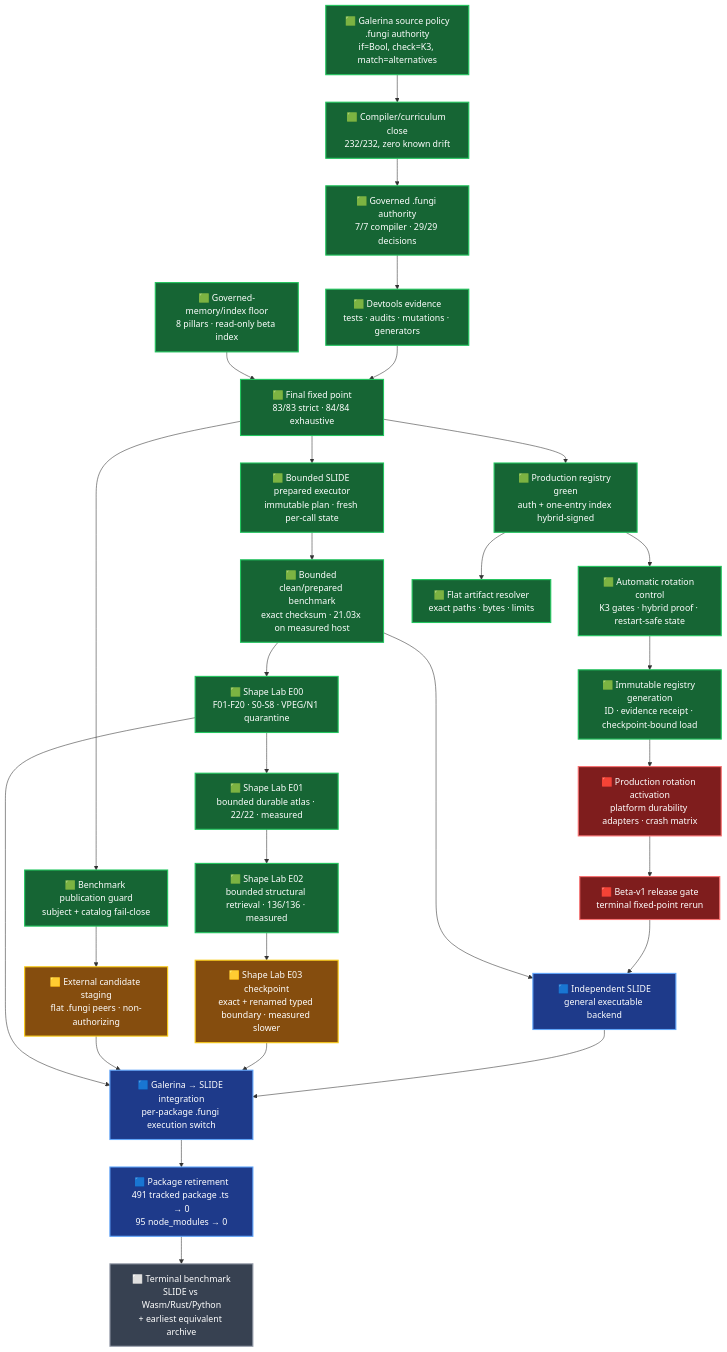
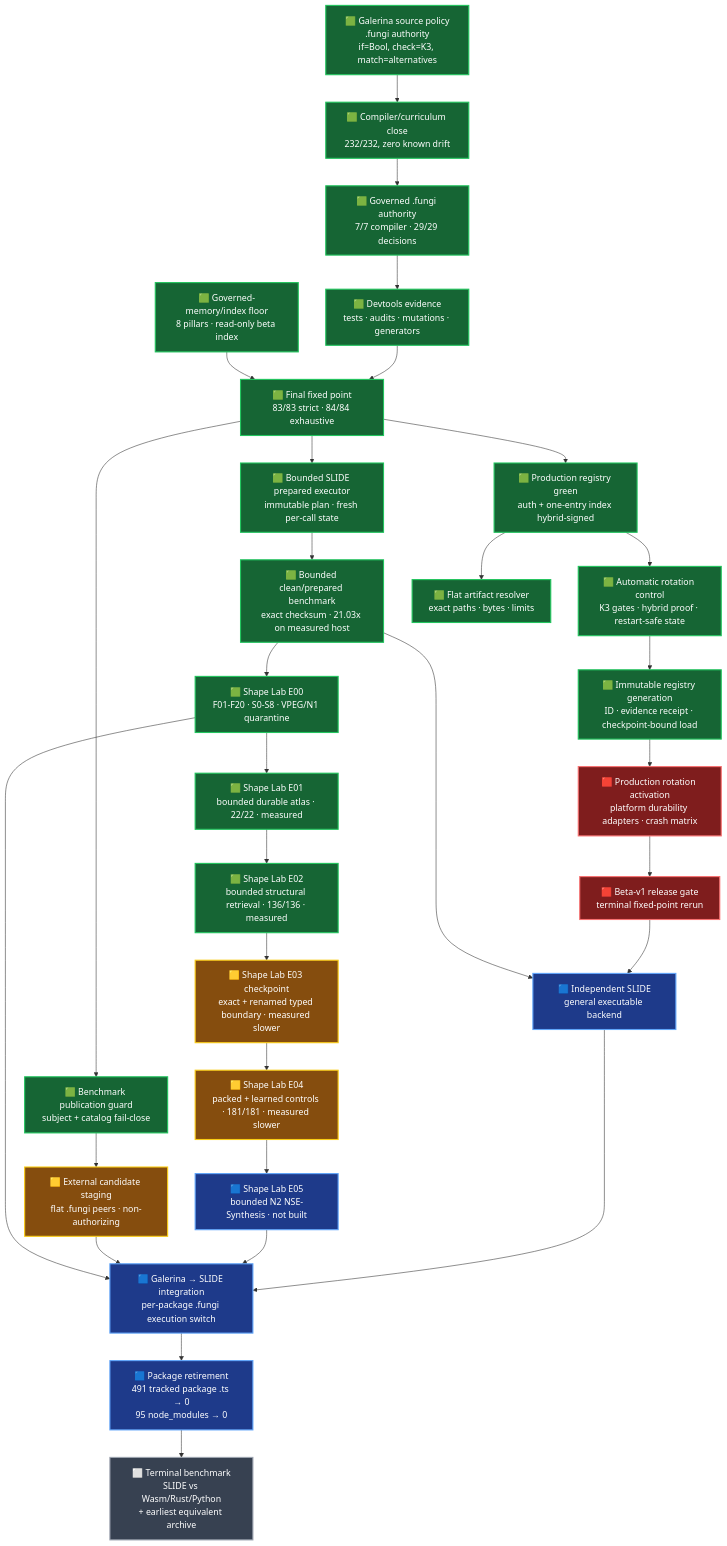
One commit to TritHypha/Deveolpment-runtime-fungi-gate changed the diagram in docs/roadmap-2026-07-29-galerina-beta-v1-to-slide.md. Above: the diagram before and after it, drawn with Mermaid. The commit also changed other lines of this file and 1 other file, not shown here.

Commit message:
docs: synchronize measured SLIDE E04

````diff
--- a/docs/roadmap-2026-07-29-galerina-beta-v1-to-slide.md
+++ b/docs/roadmap-2026-07-29-galerina-beta-v1-to-slide.md
@@ -22,49 +22,51 @@
 ```mermaid
 flowchart TB
     A["🟩 Galerina source policy<br/>.fungi authority<br/>if=Bool, check=K3, match=alternatives"]
     B["🟩 Compiler/curriculum close<br/>232/232, zero known drift"]
     C["🟩 Governed .fungi authority<br/>7/7 compiler · 29/29 decisions"]
     D["🟩 Devtools evidence<br/>tests · audits · mutations · generators"]
     E["🟩 Final fixed point<br/>83/83 strict · 84/84 exhaustive"]
     R["🟩 Automatic rotation control<br/>K3 gates · hybrid proof · restart-safe state"]
     Y["🟩 Immutable registry generation<br/>ID · evidence receipt · checkpoint-bound load"]
     X["🟥 Production rotation activation<br/>platform durability adapters · crash matrix"]
     F["🟥 Beta-v1 release gate<br/>terminal fixed-point rerun"]
     G["🟩 Production registry green<br/>auth + one-entry index hybrid-signed"]
     H["🟦 Independent SLIDE<br/>general executable backend"]
     S["🟩 Bounded SLIDE prepared executor<br/>immutable plan · fresh per-call state"]
     L["🟩 Bounded clean/prepared benchmark<br/>exact checksum · 21.03x on measured host"]
     Q["🟨 External candidate staging<br/>flat .fungi peers · non-authorizing"]
     K["🟩 Benchmark publication guard<br/>subject + catalog fail-close"]
     I["🟦 Galerina → SLIDE integration<br/>per-package .fungi execution switch"]
     T["🟦 Package retirement<br/>491 tracked package .ts → 0<br/>95 node_modules → 0"]
     J["⬜ Terminal benchmark<br/>SLIDE vs Wasm/Rust/Python<br/>+ earliest equivalent archive"]
     P["🟩 Flat artifact resolver<br/>exact paths · bytes · limits"]
     M["🟩 Shape Lab E00<br/>F01-F20 · S0-S8 · VPEG/N1 quarantine"]
     U["🟩 Shape Lab E01<br/>bounded durable atlas · 22/22 · measured"]
     V["🟩 Shape Lab E02<br/>bounded structural retrieval · 136/136 · measured"]
     W["🟨 Shape Lab E03 checkpoint<br/>exact + renamed typed boundary · measured slower"]
+    AA["🟨 Shape Lab E04<br/>packed + learned controls · 181/181 · measured slower"]
+    AB["🟦 Shape Lab E05<br/>bounded N2 NSE-Synthesis · not built"]
     Z["🟩 Governed-memory/index floor<br/>8 pillars · read-only beta index"]
 
     A --> B --> C --> D --> E --> G --> R --> Y --> X --> F --> H --> I --> T --> J
     Z --> E
     G --> P
-    L --> M --> U --> V --> W
-    W --> I
+    L --> M --> U --> V --> W --> AA --> AB
+    AB --> I
     E --> K --> Q
     E --> S --> L --> H
     Q --> I
     M --> I
 
     classDef green fill:#166534,color:#ffffff,stroke:#22c55e,stroke-width:2px;
     classDef amber fill:#854d0e,color:#ffffff,stroke:#facc15,stroke-width:2px;
     classDef red fill:#7f1d1d,color:#ffffff,stroke:#f87171,stroke-width:2px;
     classDef blue fill:#1e3a8a,color:#ffffff,stroke:#60a5fa,stroke-width:2px;
     classDef grey fill:#374151,color:#ffffff,stroke:#9ca3af,stroke-width:2px;
     class A,B,C,D,E,G,R,Y,Z,K,S,L,M,U,V green;
     class X,F red;
-    class Q,W amber;
-    class H,I,T blue;
+    class Q,W,AA amber;
+    class H,I,T,AB blue;
     class P green;
     class J grey;
 ```
````
